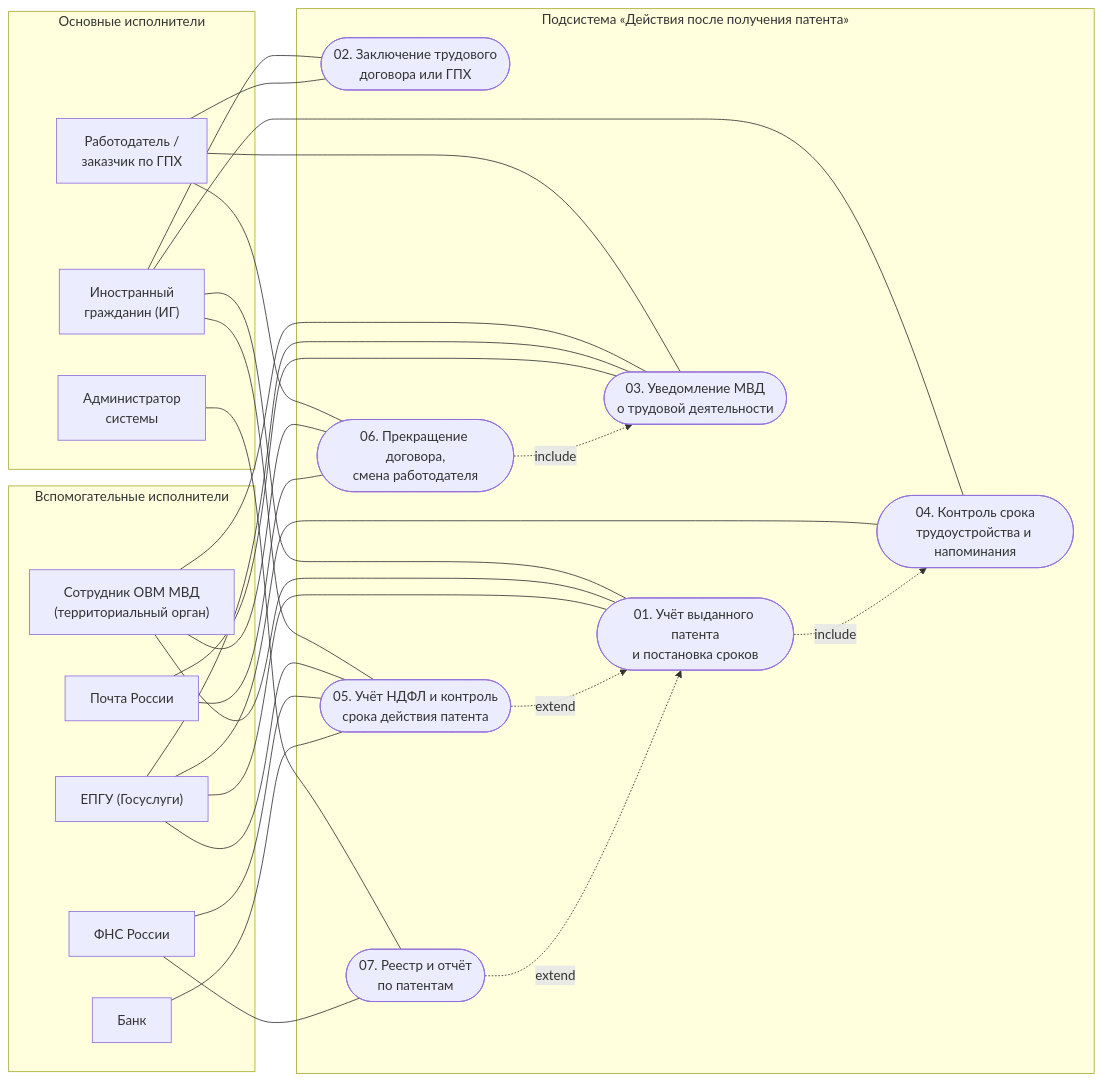
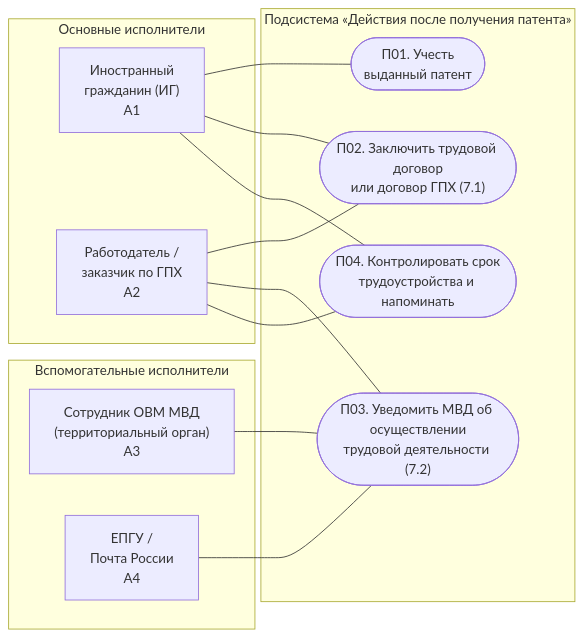
The diagram in lab1-usecases/README.md (mflkee/fms-course), drawn with Mermaid before and after one commit. The commit also changed other lines of this file and 11 other files, not shown here.

Commit message:
лаб. 1: 4 прецедента вместо 7 — без НДФЛ, реестров и прекращения договора

````diff
--- a/lab1-usecases/README.md
+++ b/lab1-usecases/README.md
@@ -124,59 +143,30 @@
 ```mermaid
 flowchart LR
     subgraph MAIN["Основные исполнители"]
-        CIT["Иностранный<br/>гражданин (ИГ)"]
-        EMP["Работодатель /<br/>заказчик по ГПХ"]
-        ADMIN["Администратор<br/>системы"]
+        CIT["Иностранный<br/>гражданин (ИГ)<br/>A1"]
+        EMP["Работодатель /<br/>заказчик по ГПХ<br/>A2"]
     end
 
     subgraph SUPPORT["Вспомогательные исполнители"]
-        MVD["Сотрудник ОВМ МВД<br/>(территориальный орган)"]
-        EPGU["ЕПГУ (Госуслуги)"]
-        POST["Почта России"]
-        FNS["ФНС России"]
-        BANK["Банк"]
+        MVD["Сотрудник ОВМ МВД<br/>(территориальный орган)<br/>A3"]
+        CHANNEL["ЕПГУ /<br/>Почта России<br/>A4"]
     end
 
     subgraph SYS["Подсистема «Действия после получения патента»"]
-        UC01(["01. Учёт выданного патента<br/>и постановка сроков"])
-        UC02(["02. Заключение трудового<br/>договора или ГПХ"])
-        UC03(["03. Уведомление МВД<br/>о трудовой деятельности"])
-        UC04(["04. Контроль срока<br/>трудоустройства и напоминания"])
-        UC05(["05. Учёт НДФЛ и контроль<br/>срока действия патента"])
-        UC06(["06. Прекращение договора,<br/>смена работодателя"])
-        UC07(["07. Реестр и отчёт<br/>по патентам"])
+        UC01(["П01. Учесть<br/>выданный патент"])
+        UC02(["П02. Заключить трудовой договор<br/>или договор ГПХ (7.1)"])
+        UC03(["П03. Уведомить МВД об осуществлении<br/>трудовой деятельности (7.2)"])
+        UC04(["П04. Контролировать срок<br/>трудоустройства и напоминать"])
     end
 
     CIT --- UC01
     CIT --- UC02
     CIT --- UC04
-    CIT --- UC05
 
     EMP --- UC02
     EMP --- UC03
-    EMP --- UC06
+    EMP --- UC04
 
-    ADMIN --- UC07
-
-    MVD --- UC01
     MVD --- UC03
-    MVD --- UC06
-
-    EPGU --- UC01
-    EPGU --- UC03
-    EPGU --- UC04
-    EPGU --- UC05
-
-    POST --- UC03
-    POST --- UC06
-
-    FNS --- UC05
-    FNS --- UC07
-
-    BANK --- UC05
-
-    UC01 -.->|include| UC04
-    UC06 -.->|include| UC03
-    UC05 -.->|extend| UC01
-    UC07 -.->|extend| UC01
+    CHANNEL --- UC03
 ```
````
